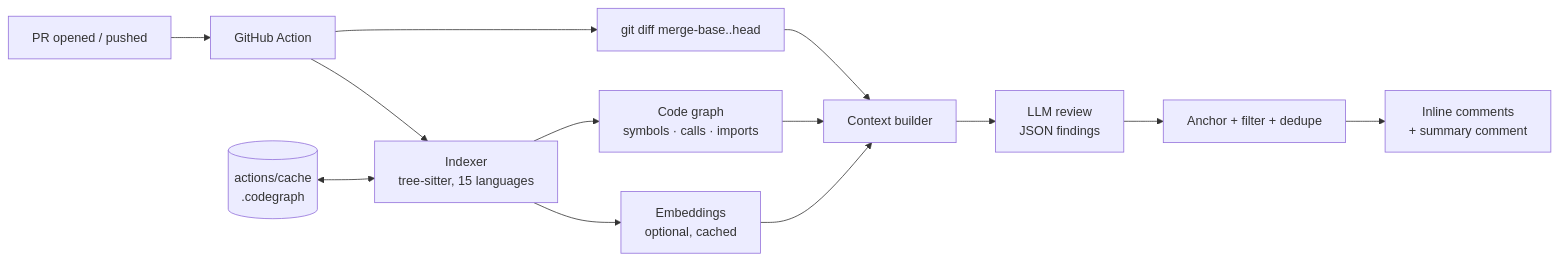
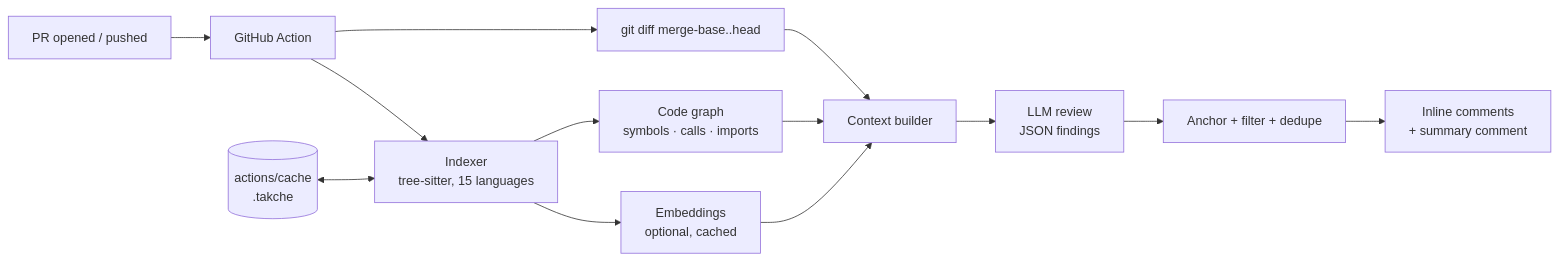
Before and after one commit to TenzDelek/Amchi: the diagram in README.md, drawn with Mermaid. The commit also changed other lines of this file and 16 other files, not shown here.

Commit message:
Rename runtime identifiers to takche: @takche trigger, .takche cache dir, comment markers, TAKCHE_* env vars

````diff
--- a/README.md
+++ b/README.md
@@ -21,15 +21,15 @@
 ```mermaid
 flowchart LR
   PR[PR opened / pushed] --> A[GitHub Action]
   A --> I[Indexer<br/>tree-sitter, 15 languages]
-  C[(actions/cache<br/>.codegraph)] <--> I
+  C[(actions/cache<br/>.takche)] <--> I
   I --> G[Code graph<br/>symbols · calls · imports]
   I --> E[Embeddings<br/>optional, cached]
   A --> D[git diff merge-base..head]
   D --> R[Context builder]
   G --> R
   E --> R
   R --> L[LLM review<br/>JSON findings]
   L --> V[Anchor + filter + dedupe]
   V --> GH[Inline comments<br/>+ summary comment]
 ```
````
